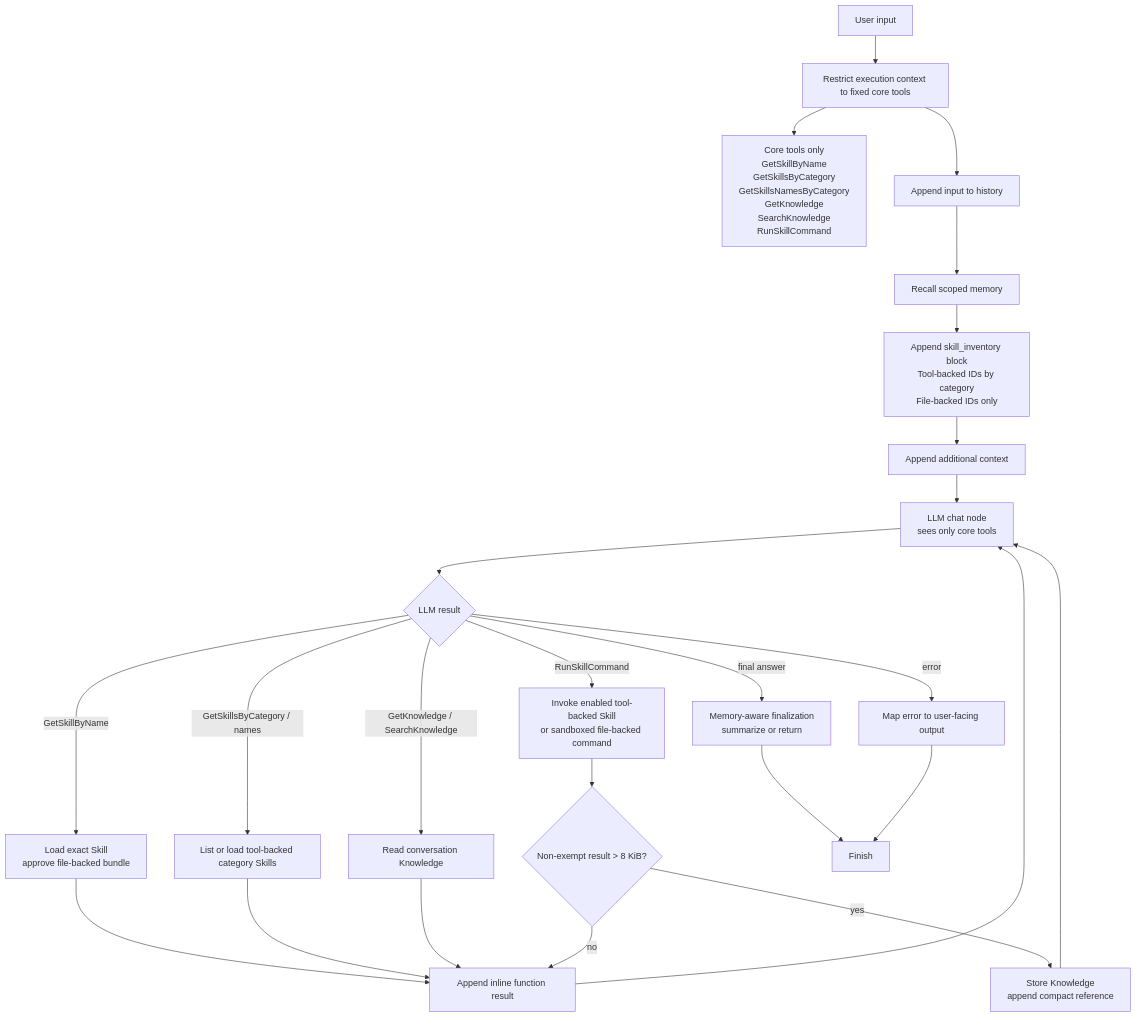
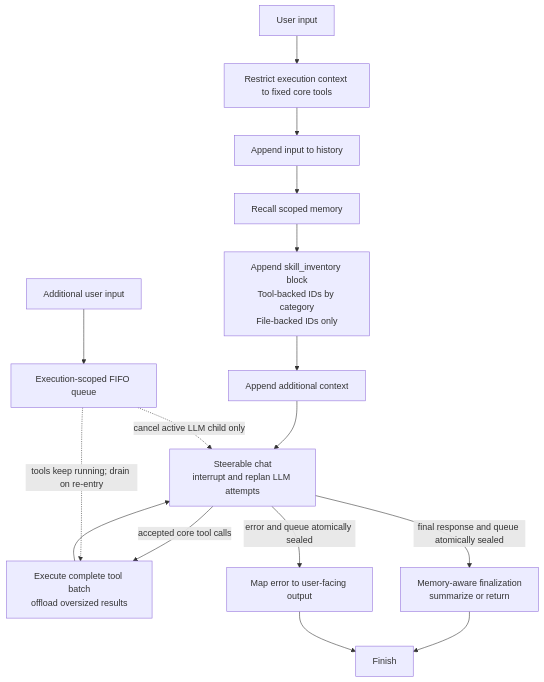
The third of 5 diagrams in README.md (D00mch/souz), drawn with Mermaid before and after one commit. The commit also changed other lines of this file and 31 other files, not shown here.

First line of the commit message:
Add mid-run Skills chat steering and simplify the public client contract (#599)

````diff
--- a/README.md
+++ b/README.md
@@ -172,30 +172,21 @@
 ```mermaid
 flowchart TD
     input["User input"] --> boundary["Restrict execution context to fixed core tools"]
-    boundary --> coreTools["Core tools only\nGetSkillByName\nGetSkillsByCategory\nGetSkillsNamesByCategory\nGetKnowledge\nSearchKnowledge\nRunSkillCommand"]
     boundary --> history["Append input to history"]
     history --> memory["Recall scoped memory"]
     memory --> inventory["Append skill_inventory block\nTool-backed IDs by category\nFile-backed IDs only"]
     inventory --> enrich["Append additional context"]
-    enrich --> llm["LLM chat node\nsees only core tools"]
-    llm --> decision{"LLM result"}
+    enrich --> chat["Steerable chat\ninterrupt and replan LLM attempts"]
 
-    decision -->|GetSkillByName| lookup["Load exact Skill\napprove file-backed bundle"]
-    decision -->|GetSkillsByCategory / names| categories["List or load tool-backed category Skills"]
-    decision -->|RunSkillCommand| command["Invoke enabled tool-backed Skill\nor sandboxed file-backed command"]
-    decision -->|GetKnowledge / SearchKnowledge| knowledge["Read conversation Knowledge"]
-    decision -->|final answer| summary["Memory-aware finalization\nsummarize or return"]
-    decision -->|error| errorNode["Map error to user-facing output"]
+    additionalInput["Additional user input"] --> queue["Execution-scoped FIFO queue"]
+    queue -.->|cancel active LLM child only| chat
 
-    lookup --> append["Append inline function result"]
-    categories --> append
-    knowledge --> append
-    command --> offload{"Non-exempt result > 8 KiB?"}
-    offload -->|yes| reference["Store Knowledge\nappend compact reference"]
-    offload -->|no| append
-    reference --> llm
-    append --> llm
+    chat -->|accepted core tool calls| tools["Execute complete tool batch\noffload oversized results"]
+    tools --> chat
+    queue -.->|tools keep running; drain on re-entry| tools
 
+    chat -->|final response and queue atomically sealed| summary["Memory-aware finalization\nsummarize or return"]
+    chat -->|error and queue atomically sealed| errorNode["Map error to user-facing output"]
     summary --> finish["Finish"]
     errorNode --> finish
 ```
````
